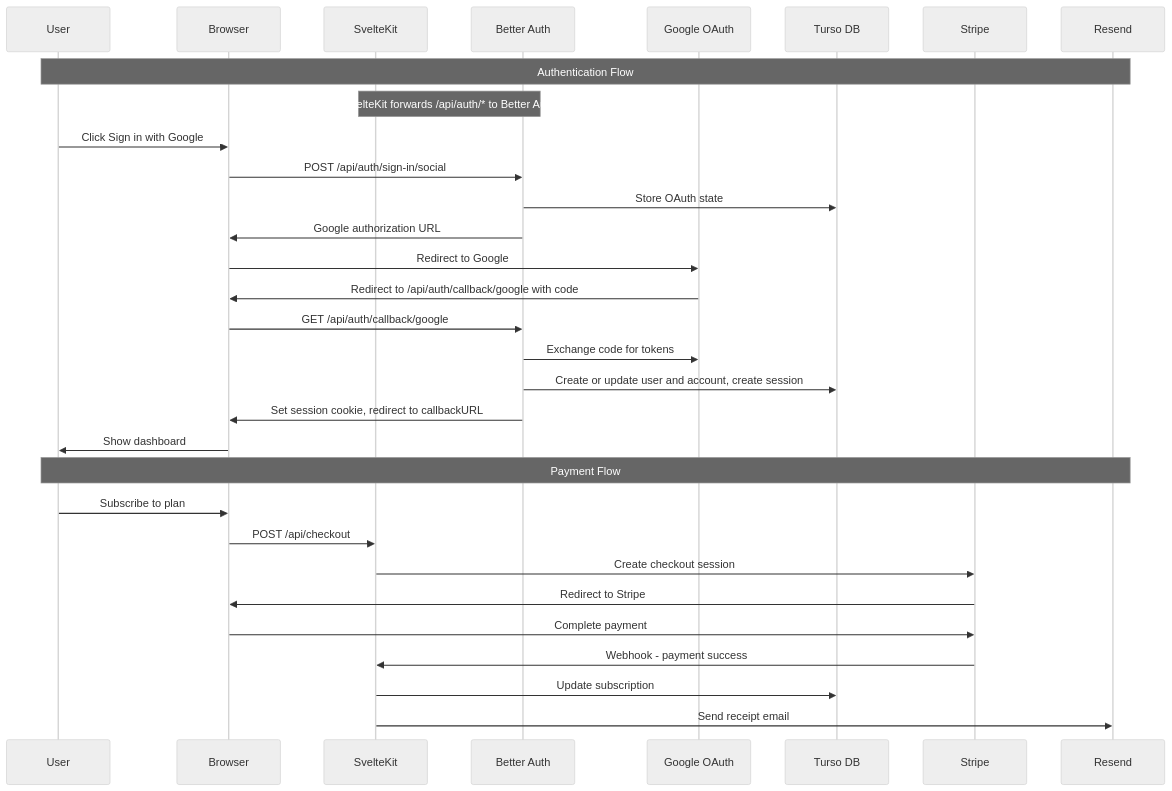
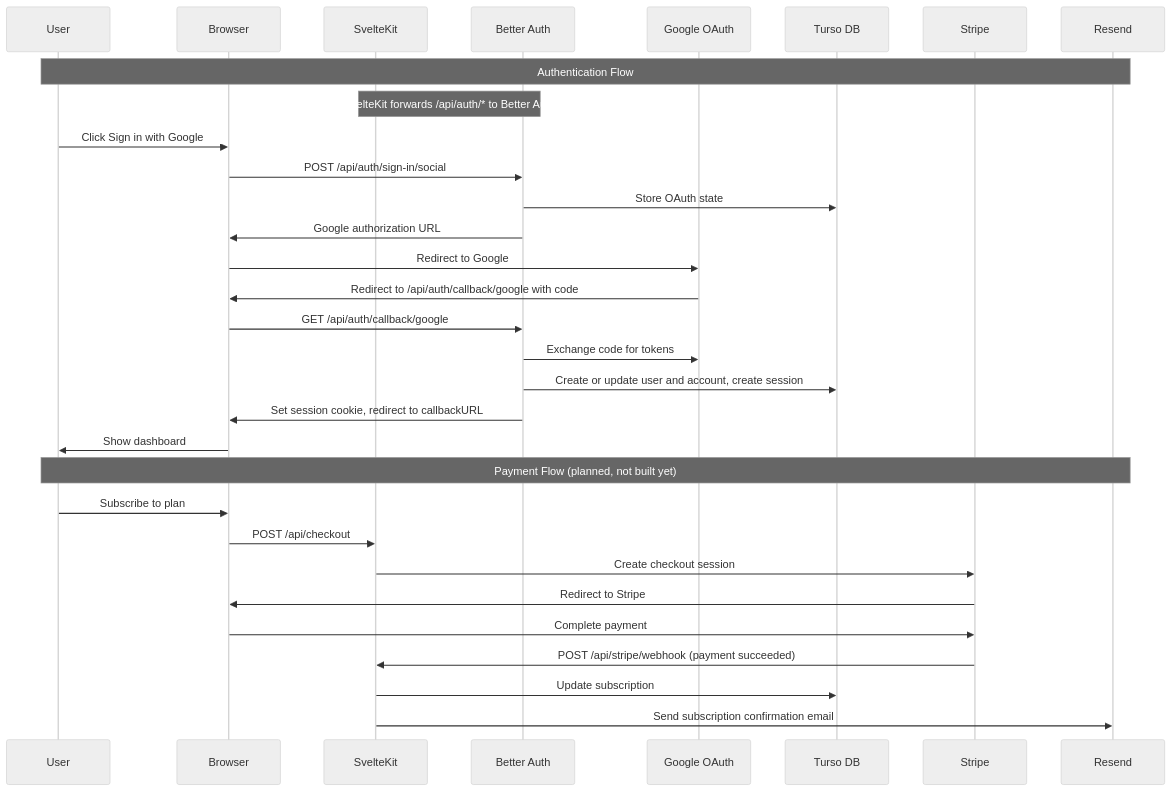
One commit to jabarihunt/jabstack changed the second of 3 diagrams in plans/jabstack-architecture.md. Above: the diagram before and after it, drawn with Mermaid (neutral theme). The commit also changed other lines of this file and 7 other files, not shown here.

````diff
--- a/plans/jabstack-architecture.md
+++ b/plans/jabstack-architecture.md
@@ -135,35 +138,35 @@
 ```mermaid
 sequenceDiagram
     participant U as User
     participant B as Browser
     participant S as SvelteKit
     participant A as Better Auth
     participant G as Google OAuth
     participant D as Turso DB
     participant St as Stripe
     participant E as Resend
 
     Note over U,E: Authentication Flow
     Note over S,A: SvelteKit forwards /api/auth/* to Better Auth
     U->>B: Click Sign in with Google
     B->>A: POST /api/auth/sign-in/social
     A->>D: Store OAuth state
     A->>B: Google authorization URL
     B->>G: Redirect to Google
     G->>B: Redirect to /api/auth/callback/google with code
     B->>A: GET /api/auth/callback/google
     A->>G: Exchange code for tokens
     A->>D: Create or update user and account, create session
     A->>B: Set session cookie, redirect to callbackURL
     B->>U: Show dashboard
 
-    Note over U,E: Payment Flow
+    Note over U,E: Payment Flow (planned, not built yet)
     U->>B: Subscribe to plan
     B->>S: POST /api/checkout
     S->>St: Create checkout session
     St->>B: Redirect to Stripe
     B->>St: Complete payment
-    St->>S: Webhook - payment success
+    St->>S: POST /api/stripe/webhook (payment succeeded)
     S->>D: Update subscription
-    S->>E: Send receipt email
+    S->>E: Send subscription confirmation email
 ```
````
